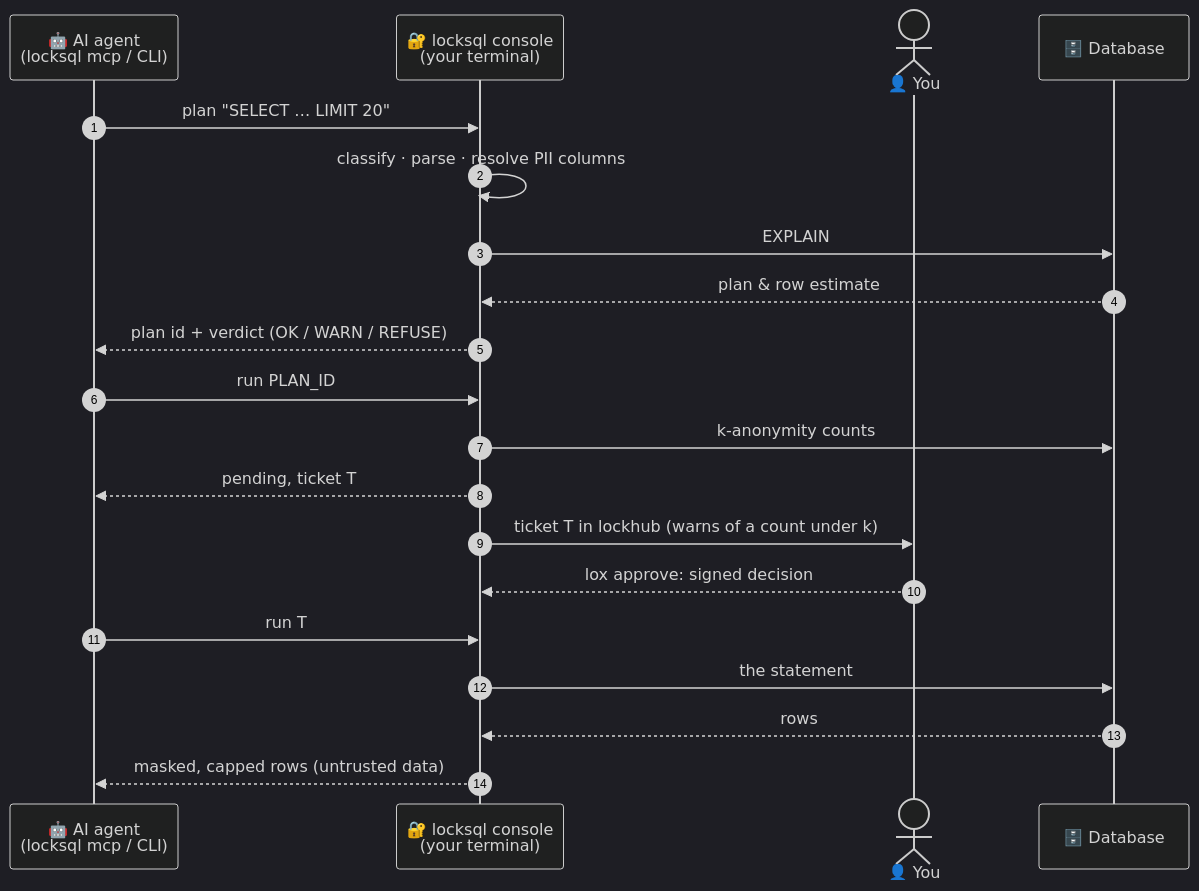
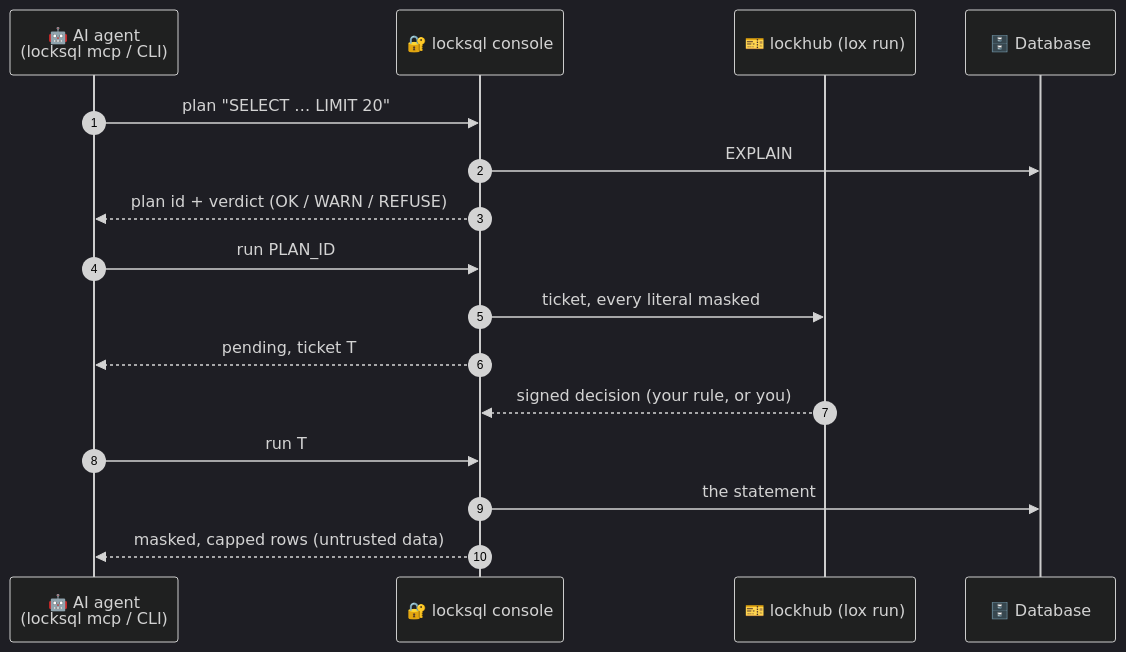
Before and after one commit to DavidGodefroid/locksql: the diagram in README.md, drawn with Mermaid (dark theme). The commit also changed other lines of this file and 32 other files, not shown here.

````diff
--- a/README.md
+++ b/README.md
@@ -231,22 +148,18 @@
 ```mermaid
 sequenceDiagram
     autonumber
     participant A as 🤖 AI agent<br/>(locksql mcp / CLI)
-    participant C as 🔐 locksql console<br/>(your terminal)
-    actor H as 👤 You
+    participant C as 🔐 locksql console
+    participant L as 🎫 lockhub (lox run)
     participant D as 🗄️ Database
     A->>C: plan "SELECT … LIMIT 20"
-    C->>C: classify · parse · resolve PII columns
     C->>D: EXPLAIN
-    D-->>C: plan & row estimate
     C-->>A: plan id + verdict (OK / WARN / REFUSE)
     A->>C: run PLAN_ID
-    C->>D: k-anonymity counts
+    C->>L: ticket, every literal masked
     C-->>A: pending, ticket T
-    C->>H: ticket T in lockhub (warns of a count under k)
-    H-->>C: lox approve: signed decision
+    L-->>C: signed decision (your rule, or you)
     A->>C: run T
     C->>D: the statement
-    D-->>C: rows
     C-->>A: masked, capped rows (untrusted data)
 ```
````
